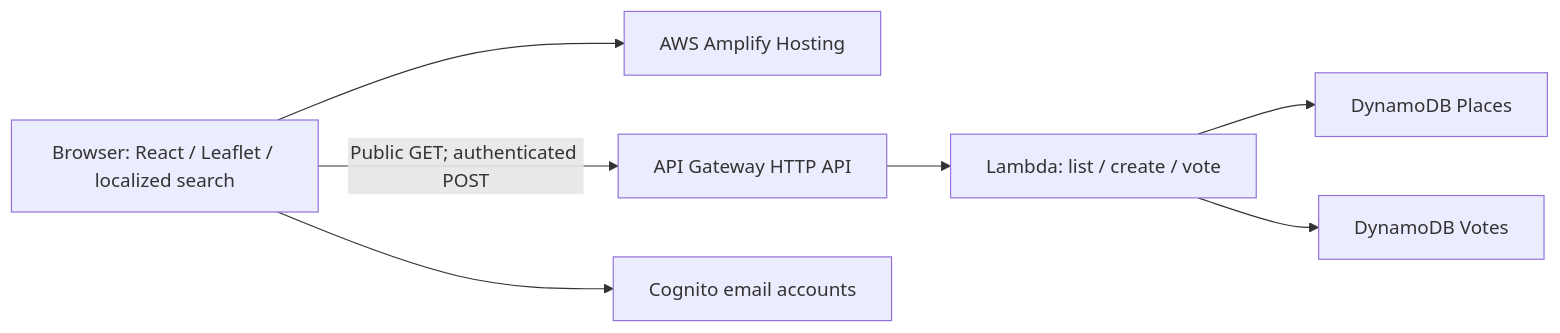
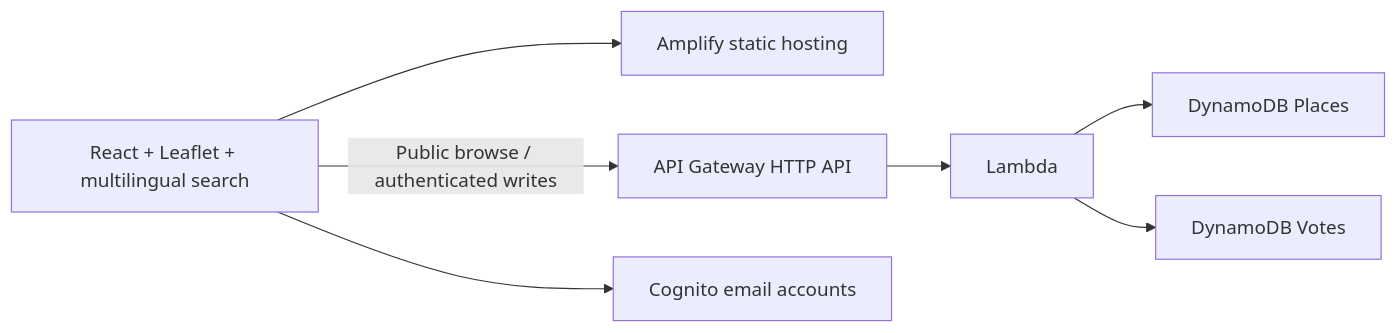
One commit to sayan365/kahaan changed the diagram in README.md. Above: the diagram before and after it, drawn with Mermaid. The commit also changed other lines of this file and 31 other files, not shown here.

````diff
--- a/README.md
+++ b/README.md
@@ -87,9 +61,9 @@
 ```mermaid
 flowchart LR
-  User[Browser: React / Leaflet / localized search] --> Hosting[AWS Amplify Hosting]
-  User -->|Public GET; authenticated POST| API[API Gateway HTTP API]
-  User --> Cognito[Cognito email accounts]
-  API --> Lambda[Lambda: list / create / vote]
+  Browser[React + Leaflet + multilingual search] --> Hosting[Amplify static hosting]
+  Browser -->|Public browse / authenticated writes| API[API Gateway HTTP API]
+  Browser --> Auth[Cognito email accounts]
+  API --> Lambda[Lambda]
   Lambda --> Places[DynamoDB Places]
   Lambda --> Votes[DynamoDB Votes]
 ```
````
